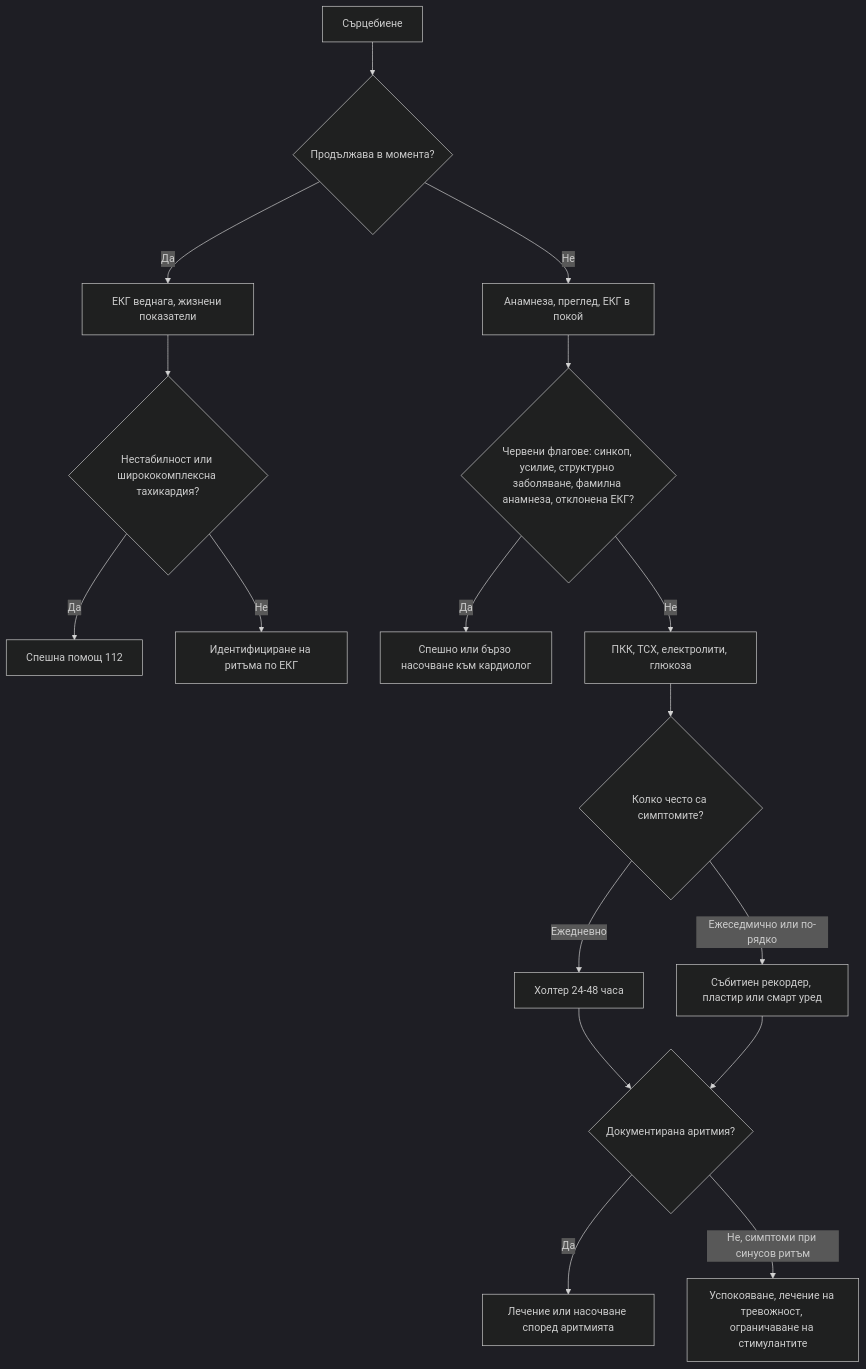
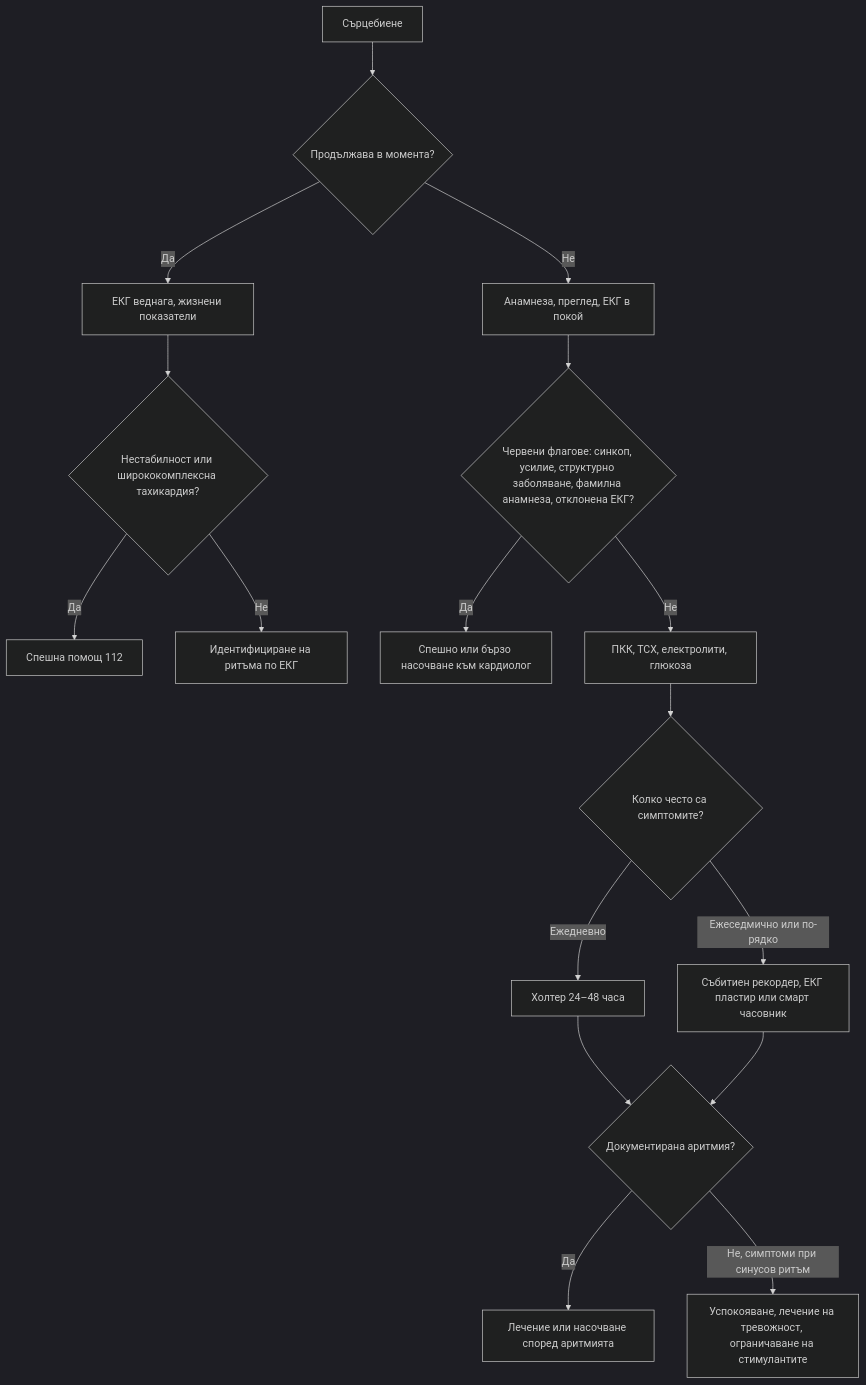
The diagram in glavi/10-sartsebiene.md (yancho26/yancho), drawn with Mermaid (dark theme) before and after one commit. The commit also changed other lines of this file and 43 other files, not shown here.

````diff
--- a/glavi/10-sartsebiene.md
+++ b/glavi/10-sartsebiene.md
@@ -211,21 +211,21 @@
 ```mermaid
 flowchart TD
     accTitle: Диагностичен алгоритъм при сърцебиене и ритъмни нарушения
     accDescr: Блок-схема. Начало: Сърцебиене. Въпроси: Продължава в момента? · Нестабилност или ширококомплексна тахикардия? · Червени флагове: синкоп, усилие, структурно заболяване, фамилна анамнеза, отклонена ЕКГ? · Колко често са симптомите? · Документирана аритмия? Пълното текстово описание е под схемата.
     A["Сърцебиене"] --> B{"Продължава в момента?"}
     B -->|Да| C["ЕКГ веднага, жизнени показатели"]
     C --> D{"Нестабилност или ширококомплексна тахикардия?"}
     D -->|Да| E["Спешна помощ 112"]
     D -->|Не| F["Идентифициране на ритъма по ЕКГ"]
     B -->|Не| G["Анамнеза, преглед, ЕКГ в покой"]
     G --> H{"Червени флагове: синкоп, усилие, структурно заболяване, фамилна анамнеза, отклонена ЕКГ?"}
     H -->|Да| I["Спешно или бързо насочване към кардиолог"]
     H -->|Не| J["ПКК, ТСХ, електролити, глюкоза"]
     J --> K{"Колко често са симптомите?"}
-    K -->|Ежедневно| L["Холтер 24-48 часа"]
-    K -->|Ежеседмично или по-рядко| M["Събитиен рекордер, пластир или смарт уред"]
+    K -->|Ежедневно| L["Холтер 24–48 часа"]
+    K -->|Ежеседмично или по-рядко| M["Събитиен рекордер, ЕКГ пластир или смарт часовник"]
     L --> N{"Документирана аритмия?"}
     M --> N
     N -->|Да| O["Лечение или насочване според аритмията"]
     N -->|Не, симптоми при синусов ритъм| P["Успокояване, лечение на тревожност, ограничаване на стимулантите"]
 ```
````
